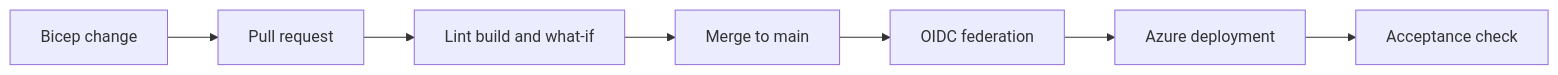
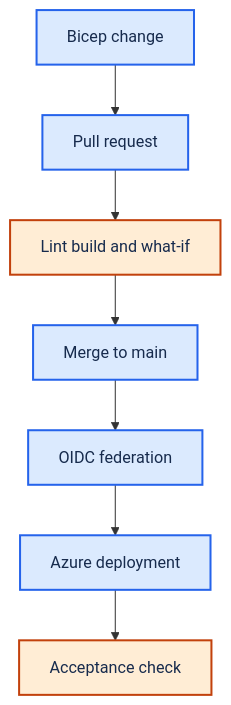
The diagram in site/content/docs/video-bicep-github-actions-workflow.md (Acestus/portfolio), drawn with Mermaid before and after one commit. The commit also changed 20 other files, not shown here.

Commit message:
Apply Mermaid and Pele style to video guides (#58)

````diff
--- a/site/content/docs/video-bicep-github-actions-workflow.md
+++ b/site/content/docs/video-bicep-github-actions-workflow.md
@@ -27,9 +27,15 @@
 ```mermaid
-flowchart LR
+flowchart TD
+  accTitle: Infrastructure as code with Bicep and GitHub Actions
   B[Bicep change] --> P[Pull request]
   P --> V[Lint build and what-if]
   V --> M[Merge to main]
   M --> O[OIDC federation]
   O --> D[Azure deployment]
   D --> A[Acceptance check]
+
+  classDef primary fill:#DBEAFE,stroke:#2563EB,color:#172B4D,stroke-width:2px
+  classDef secondary fill:#FFEDD5,stroke:#C2410C,color:#172B4D,stroke-width:2px
+  class B,P,M,O,D primary
+  class V,A secondary
 ```
````
